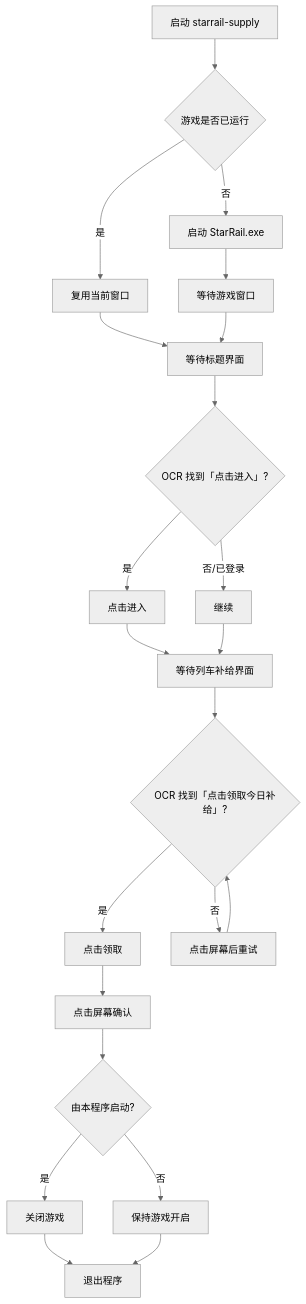
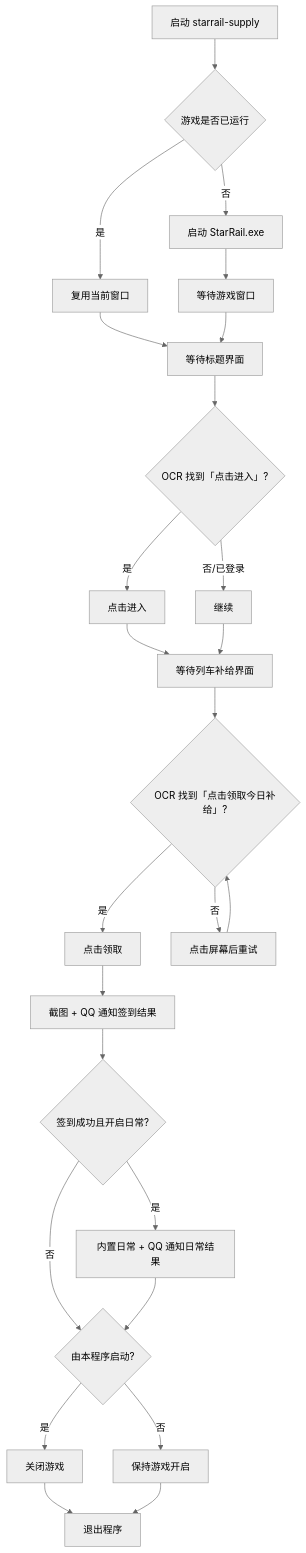
Before and after one commit to xingchen-0220/StarRail-supply: the diagram in REPO_INTRO.md, drawn with Mermaid (neutral theme). The commit also changed other lines of this file and 31 other files, not shown here.

````diff
--- a/REPO_INTRO.md
+++ b/REPO_INTRO.md
@@ -64,24 +79,27 @@
 ```mermaid
 flowchart TD
     A[启动 starrail-supply] --> B{游戏是否已运行}
     B -- 否 --> C[启动 StarRail.exe]
     B -- 是 --> D[复用当前窗口]
     C --> E[等待游戏窗口]
     D --> F[等待标题界面]
     E --> F
     F --> G{OCR 找到「点击进入」?}
     G -- 是 --> H[点击进入]
     G -- 否/已登录 --> I[继续]
     H --> J[等待列车补给界面]
     I --> J
     J --> K{OCR 找到「点击领取今日补给」?}
     K -- 是 --> L[点击领取]
     K -- 否 --> M[点击屏幕后重试]
     M --> K
-    L --> N[点击屏幕确认]
-    N --> O{由本程序启动?}
+    L --> N[截图 + QQ 通知签到结果]
+    N --> T{签到成功且开启日常?}
+    T -- 是 --> U[内置日常 + QQ 通知日常结果]
+    T -- 否 --> O{由本程序启动?}
+    U --> O
     O -- 是 --> P[关闭游戏]
     O -- 否 --> Q[保持游戏开启]
     P --> R[退出程序]
     Q --> R
 ```
````
